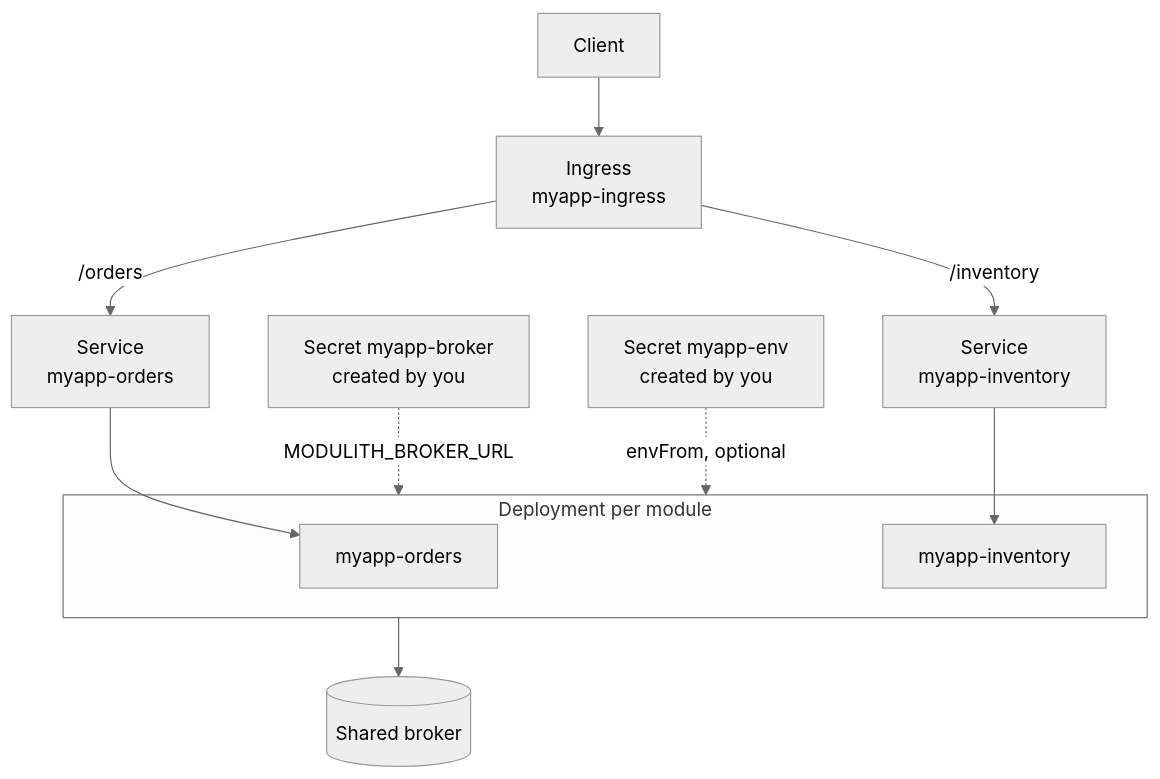
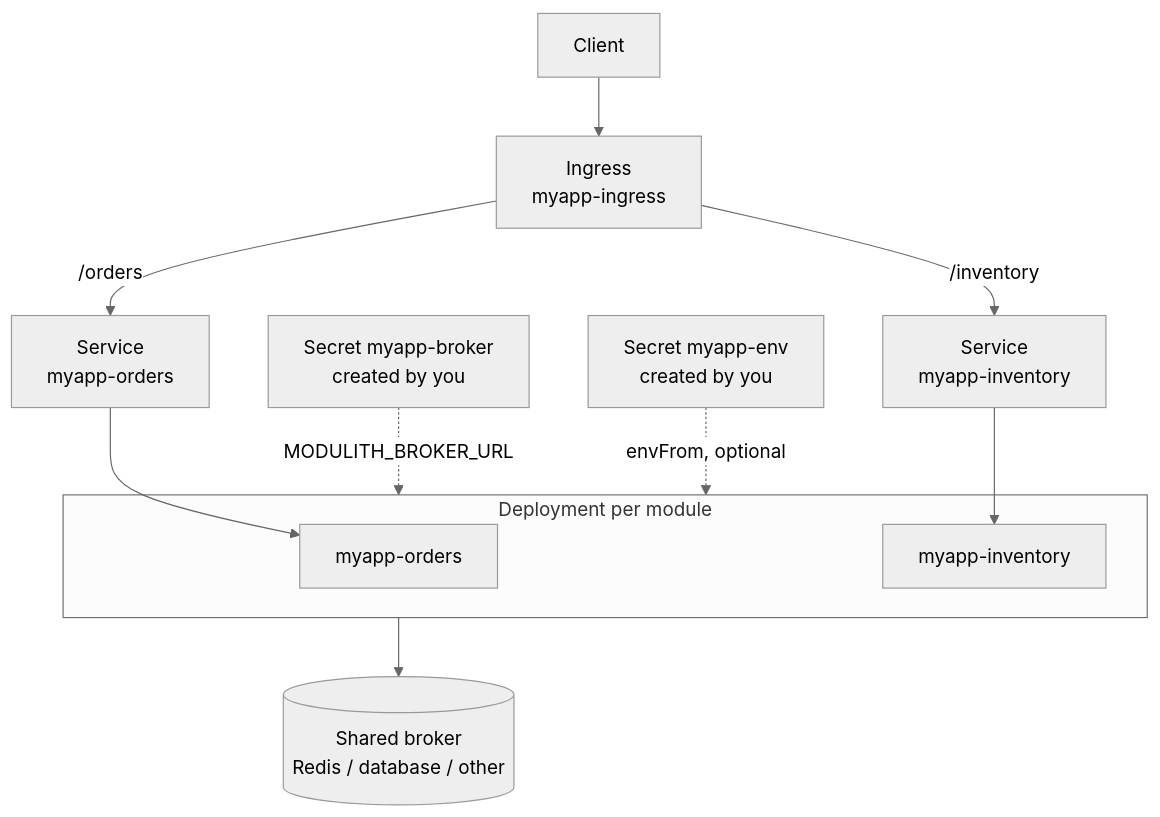
Before and after one commit to jeansossmeier/modupy: the first of 6 diagrams in docs/DEPLOYMENT.md, drawn with Mermaid (neutral theme). The commit also changed other lines of this file and 4 other files, not shown here.

First line of the commit message:
docs: show model API calls and any broker in the growth diagrams

````diff
--- a/docs/DEPLOYMENT.md
+++ b/docs/DEPLOYMENT.md
@@ -703,15 +703,15 @@
 ```mermaid
 flowchart TD
     client["Client"] --> ing["Ingress<br>myapp-ingress"]
     ing -->|"/orders"| so["Service<br>myapp-orders"]
     ing -->|"/inventory"| si["Service<br>myapp-inventory"]
     subgraph deps["Deployment per module"]
         dor["myapp-orders"]
         din["myapp-inventory"]
     end
     so --> dor
     si --> din
     sb["Secret myapp-broker<br>created by you"] -.->|"MODULITH_BROKER_URL"| deps
     se["Secret myapp-env<br>created by you"] -.->|"envFrom, optional"| deps
-    deps --> broker[("Shared broker")]
+    deps --> broker[("Shared broker<br>Redis / database / other")]
 ```
````
